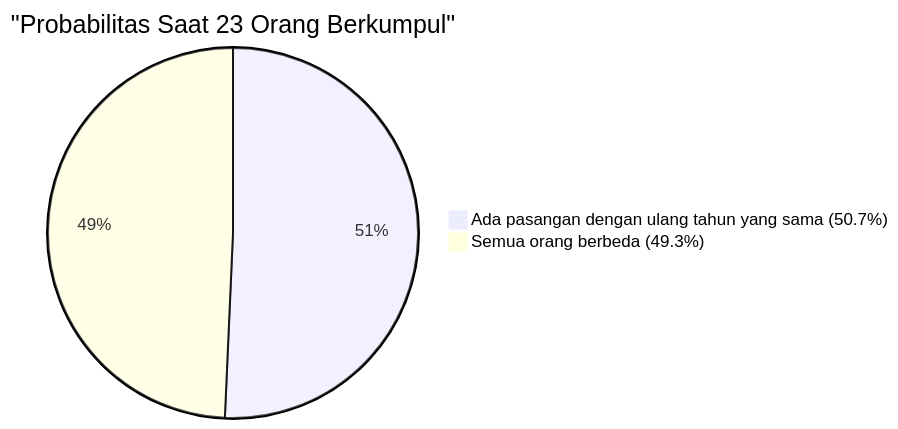
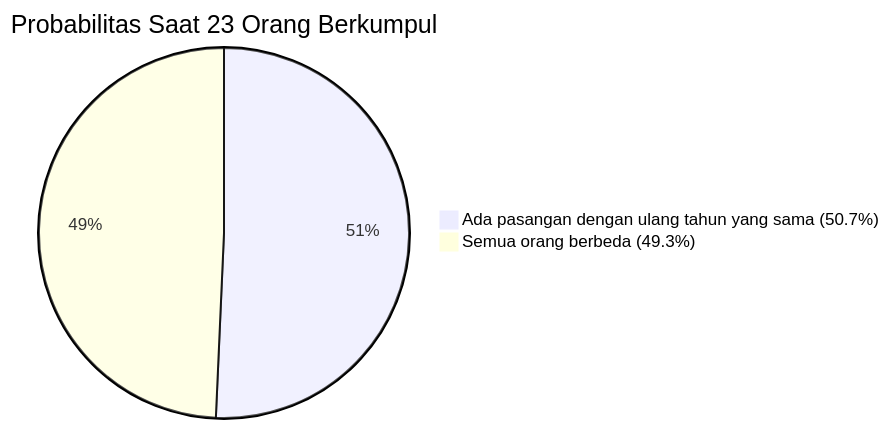
Before and after one commit to kenjinote/blog: the second of 2 diagrams in content/post/バースデイパラドックス/index.id.md, drawn with Mermaid. The commit also changed other lines of this file and 703 other files, not shown here.

Commit message:
Fix: Remove quotes from Mermaid link texts and timeline definitions to support Mermaid 11.4.1

````diff
--- a/content/post/バースデイパラドックス/index.id.md
+++ b/content/post/バースデイパラドックス/index.id.md
@@ -100,5 +100,5 @@
 ```mermaid
-pie title "Probabilitas Saat 23 Orang Berkumpul"
+pie title Probabilitas Saat 23 Orang Berkumpul
     "Ada pasangan dengan ulang tahun yang sama (50.7%)" : 50.7
     "Semua orang berbeda (49.3%)" : 49.3
 ```
````
